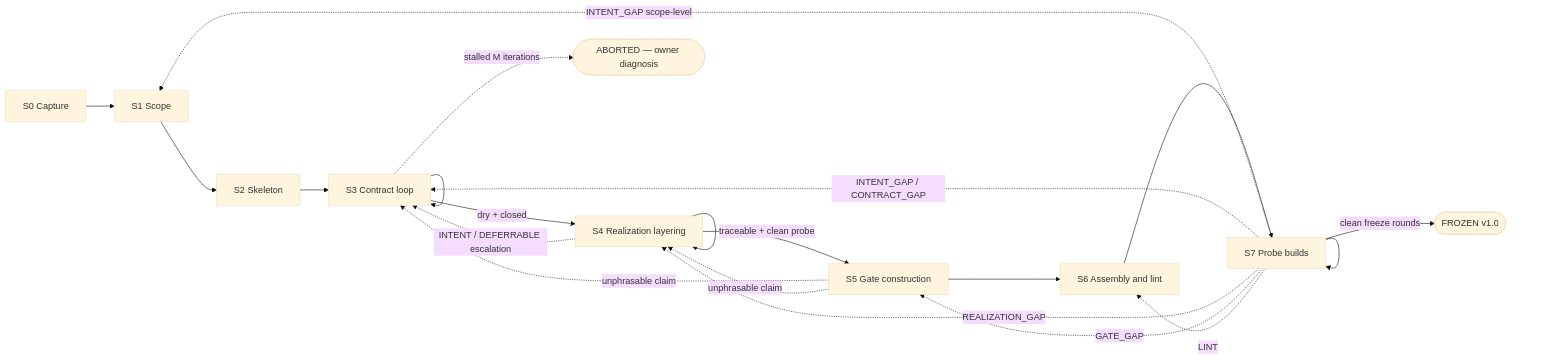
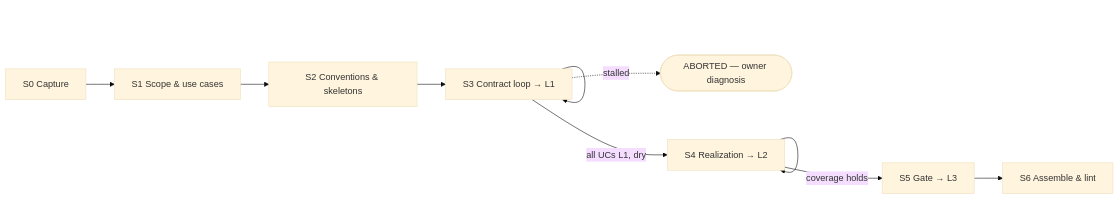
Before and after one commit to lago-morph/idea-pipeline: the second of 3 diagrams in spec-completeness/process.md, drawn with Mermaid (base theme). The commit also changed other lines of this file and 1 other file, not shown here.

First line of the commit message:
Rewrite artifact-model.md and process.md around use cases (round one)

````diff
--- a/spec-completeness/process.md
+++ b/spec-completeness/process.md
@@ -523,23 +447,12 @@
 ```mermaid
 flowchart LR
-    S0[S0 Capture] --> S1[S1 Scope]
-    S1 --> S2[S2 Skeleton]
-    S2 --> S3[S3 Contract loop]
+    S0[S0 Capture] --> S1[S1 Scope & use cases]
+    S1 --> S2[S2 Conventions & skeletons]
+    S2 --> S3[S3 Contract loop → L1]
     S3 --> S3
-    S3 -->|dry + closed| S4[S4 Realization layering]
-    S3 -.->|stalled M iterations| AB([ABORTED — owner diagnosis])
+    S3 -->|all UCs L1, dry| S4[S4 Realization → L2]
+    S3 -.->|stalled| AB([ABORTED — owner diagnosis])
     S4 --> S4
-    S4 -.->|INTENT / DEFERRABLE escalation| S3
-    S4 -->|traceable + clean probe| S5[S5 Gate construction]
-    S5 -.->|unphrasable claim| S3
-    S5 -.->|unphrasable claim| S4
-    S5 --> S6[S6 Assembly and lint]
-    S6 --> S7[S7 Probe builds]
-    S7 --> S7
-    S7 -->|clean freeze rounds| FR([FROZEN v1.0])
-    S7 -.->|INTENT_GAP scope-level| S1
-    S7 -.->|INTENT_GAP / CONTRACT_GAP| S3
-    S7 -.->|REALIZATION_GAP| S4
-    S7 -.->|GATE_GAP| S5
-    S7 -.->|LINT| S6
+    S4 -->|coverage holds| S5[S5 Gate → L3]
+    S5 --> S6[S6 Assemble & lint]
 ```
````
